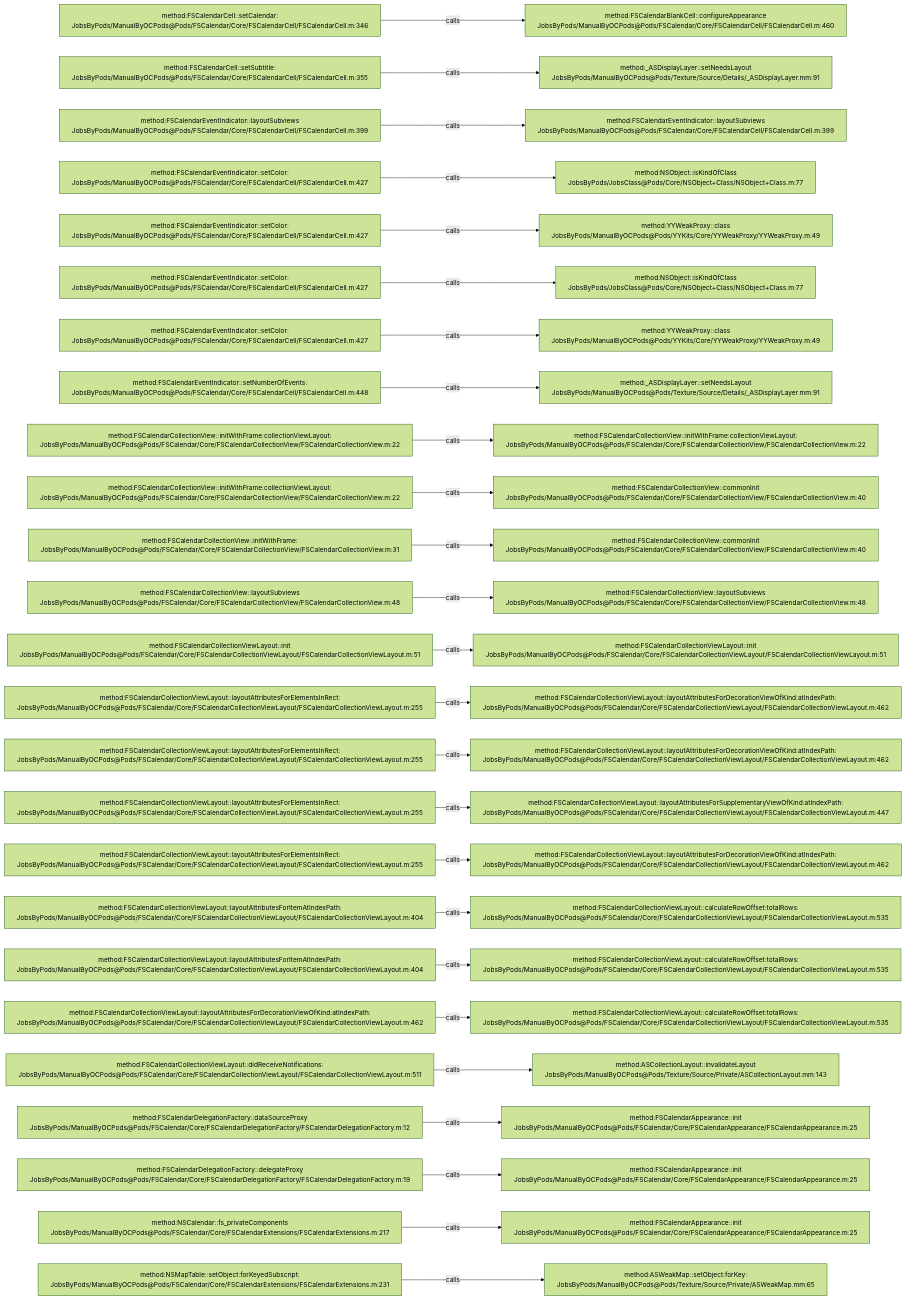
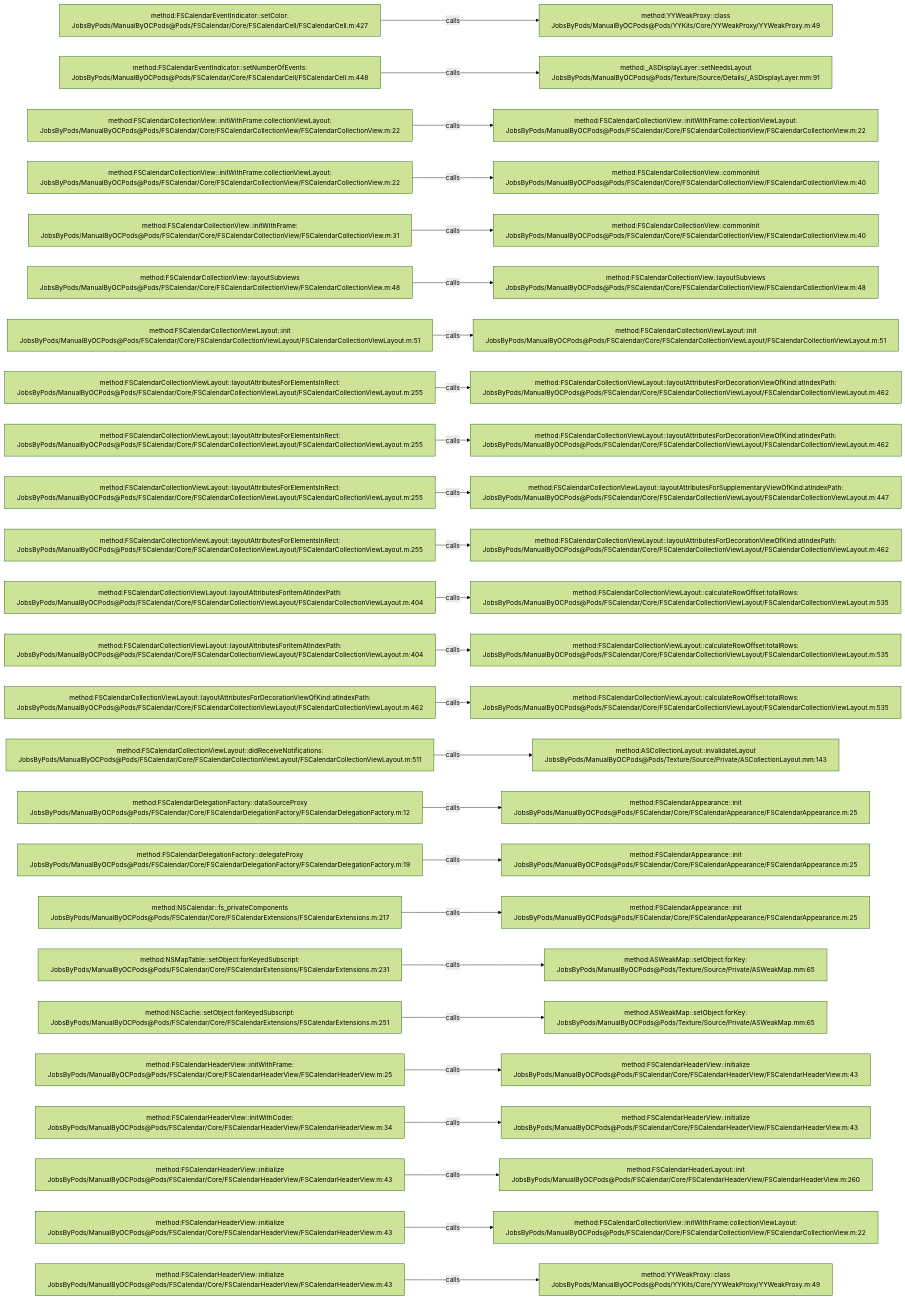
Before and after one commit to JobsKits/JobsOCBaseConfigDemo: the diagram in .codegraph/codegraph.md/graphs/calls-010.md, drawn with Mermaid (forest theme). The commit also changed 666 other files, not shown here.

````diff
--- a/.codegraph/codegraph.md/graphs/calls-010.md
+++ b/.codegraph/codegraph.md/graphs/calls-010.md
@@ -13,78 +13,78 @@
 ```mermaid
 flowchart LR
-  S1["method:FSCalendarCell::setCalendar:<br/>JobsByPods/ManualByOCPods@Pods/FSCalendar/Core/FSCalendarCell/FSCalendarCell.m:346"]
-  T1["method:FSCalendarBlankCell::configureAppearance<br/>JobsByPods/ManualByOCPods@Pods/FSCalendar/Core/FSCalendarCell/FSCalendarCell.m:460"]
+  S1["method:FSCalendarEventIndicator::setColor:<br/>JobsByPods/ManualByOCPods@Pods/FSCalendar/Core/FSCalendarCell/FSCalendarCell.m:427"]
+  T1["method:YYWeakProxy::class<br/>JobsByPods/ManualByOCPods@Pods/YYKits/Core/YYWeakProxy/YYWeakProxy.m:49"]
   S1 -->|calls| T1
-  S2["method:FSCalendarCell::setSubtitle:<br/>JobsByPods/ManualByOCPods@Pods/FSCalendar/Core/FSCalendarCell/FSCalendarCell.m:355"]
+  S2["method:FSCalendarEventIndicator::setNumberOfEvents:<br/>JobsByPods/ManualByOCPods@Pods/FSCalendar/Core/FSCalendarCell/FSCalendarCell.m:448"]
   T2["method:_ASDisplayLayer::setNeedsLayout<br/>JobsByPods/ManualByOCPods@Pods/Texture/Source/Details/_ASDisplayLayer.mm:91"]
   S2 -->|calls| T2
-  S3["method:FSCalendarEventIndicator::layoutSubviews<br/>JobsByPods/ManualByOCPods@Pods/FSCalendar/Core/FSCalendarCell/FSCalendarCell.m:399"]
-  T3["method:FSCalendarEventIndicator::layoutSubviews<br/>JobsByPods/ManualByOCPods@Pods/FSCalendar/Core/FSCalendarCell/FSCalendarCell.m:399"]
+  S3["method:FSCalendarCollectionView::initWithFrame:collectionViewLayout:<br/>JobsByPods/ManualByOCPods@Pods/FSCalendar/Core/FSCalendarCollectionView/FSCalendarCollectionView.m:22"]
+  T3["method:FSCalendarCollectionView::initWithFrame:collectionViewLayout:<br/>JobsByPods/ManualByOCPods@Pods/FSCalendar/Core/FSCalendarCollectionView/FSCalendarCollectionView.m:22"]
   S3 -->|calls| T3
-  S4["method:FSCalendarEventIndicator::setColor:<br/>JobsByPods/ManualByOCPods@Pods/FSCalendar/Core/FSCalendarCell/FSCalendarCell.m:427"]
-  T4["method:NSObject::isKindOfClass<br/>JobsByPods/JobsClass@Pods/Core/NSObject+Class/NSObject+Class.m:77"]
+  S4["method:FSCalendarCollectionView::initWithFrame:collectionViewLayout:<br/>JobsByPods/ManualByOCPods@Pods/FSCalendar/Core/FSCalendarCollectionView/FSCalendarCollectionView.m:22"]
+  T4["method:FSCalendarCollectionView::commonInit<br/>JobsByPods/ManualByOCPods@Pods/FSCalendar/Core/FSCalendarCollectionView/FSCalendarCollectionView.m:40"]
   S4 -->|calls| T4
-  S5["method:FSCalendarEventIndicator::setColor:<br/>JobsByPods/ManualByOCPods@Pods/FSCalendar/Core/FSCalendarCell/FSCalendarCell.m:427"]
-  T5["method:YYWeakProxy::class<br/>JobsByPods/ManualByOCPods@Pods/YYKits/Core/YYWeakProxy/YYWeakProxy.m:49"]
+  S5["method:FSCalendarCollectionView::initWithFrame:<br/>JobsByPods/ManualByOCPods@Pods/FSCalendar/Core/FSCalendarCollectionView/FSCalendarCollectionView.m:31"]
+  T5["method:FSCalendarCollectionView::commonInit<br/>JobsByPods/ManualByOCPods@Pods/FSCalendar/Core/FSCalendarCollectionView/FSCalendarCollectionView.m:40"]
   S5 -->|calls| T5
-  S6["method:FSCalendarEventIndicator::setColor:<br/>JobsByPods/ManualByOCPods@Pods/FSCalendar/Core/FSCalendarCell/FSCalendarCell.m:427"]
-  T6["method:NSObject::isKindOfClass<br/>JobsByPods/JobsClass@Pods/Core/NSObject+Class/NSObject+Class.m:77"]
+  S6["method:FSCalendarCollectionView::layoutSubviews<br/>JobsByPods/ManualByOCPods@Pods/FSCalendar/Core/FSCalendarCollectionView/FSCalendarCollectionView.m:48"]
+  T6["method:FSCalendarCollectionView::layoutSubviews<br/>JobsByPods/ManualByOCPods@Pods/FSCalendar/Core/FSCalendarCollectionView/FSCalendarCollectionView.m:48"]
   S6 -->|calls| T6
-  S7["method:FSCalendarEventIndicator::setColor:<br/>JobsByPods/ManualByOCPods@Pods/FSCalendar/Core/FSCalendarCell/FSCalendarCell.m:427"]
-  T7["method:YYWeakProxy::class<br/>JobsByPods/ManualByOCPods@Pods/YYKits/Core/YYWeakProxy/YYWeakProxy.m:49"]
+  S7["method:FSCalendarCollectionViewLayout::init<br/>JobsByPods/ManualByOCPods@Pods/FSCalendar/Core/FSCalendarCollectionViewLayout/FSCalendarCollectionViewLayout.m:51"]
+  T7["method:FSCalendarCollectionViewLayout::init<br/>JobsByPods/ManualByOCPods@Pods/FSCalendar/Core/FSCalendarCollectionViewLayout/FSCalendarCollectionViewLayout.m:51"]
   S7 -->|calls| T7
-  S8["method:FSCalendarEventIndicator::setNumberOfEvents:<br/>JobsByPods/ManualByOCPods@Pods/FSCalendar/Core/FSCalendarCell/FSCalendarCell.m:448"]
-  T8["method:_ASDisplayLayer::setNeedsLayout<br/>JobsByPods/ManualByOCPods@Pods/Texture/Source/Details/_ASDisplayLayer.mm:91"]
+  S8["method:FSCalendarCollectionViewLayout::layoutAttributesForElementsInRect:<br/>JobsByPods/ManualByOCPods@Pods/FSCalendar/Core/FSCalendarCollectionViewLayout/FSCalendarCollectionViewLayout.m:255"]
+  T8["method:FSCalendarCollectionViewLayout::layoutAttributesForDecorationViewOfKind:atIndexPath:<br/>JobsByPods/ManualByOCPods@Pods/FSCalendar/Core/FSCalendarCollectionViewLayout/FSCalendarCollectionViewLayout.m:462"]
   S8 -->|calls| T8
-  S9["method:FSCalendarCollectionView::initWithFrame:collectionViewLayout:<br/>JobsByPods/ManualByOCPods@Pods/FSCalendar/Core/FSCalendarCollectionView/FSCalendarCollectionView.m:22"]
-  T9["method:FSCalendarCollectionView::initWithFrame:collectionViewLayout:<br/>JobsByPods/ManualByOCPods@Pods/FSCalendar/Core/FSCalendarCollectionView/FSCalendarCollectionView.m:22"]
+  S9["method:FSCalendarCollectionViewLayout::layoutAttributesForElementsInRect:<br/>JobsByPods/ManualByOCPods@Pods/FSCalendar/Core/FSCalendarCollectionViewLayout/FSCalendarCollectionViewLayout.m:255"]
+  T9["method:FSCalendarCollectionViewLayout::layoutAttributesForDecorationViewOfKind:atIndexPath:<br/>JobsByPods/ManualByOCPods@Pods/FSCalendar/Core/FSCalendarCollectionViewLayout/FSCalendarCollectionViewLayout.m:462"]
   S9 -->|calls| T9
-  S10["method:FSCalendarCollectionView::initWithFrame:collectionViewLayout:<br/>JobsByPods/ManualByOCPods@Pods/FSCalendar/Core/FSCalendarCollectionView/FSCalendarCollectionView.m:22"]
-  T10["method:FSCalendarCollectionView::commonInit<br/>JobsByPods/ManualByOCPods@Pods/FSCalendar/Core/FSCalendarCollectionView/FSCalendarCollectionView.m:40"]
+  S10["method:FSCalendarCollectionViewLayout::layoutAttributesForElementsInRect:<br/>JobsByPods/ManualByOCPods@Pods/FSCalendar/Core/FSCalendarCollectionViewLayout/FSCalendarCollectionViewLayout.m:255"]
+  T10["method:FSCalendarCollectionViewLayout::layoutAttributesForSupplementaryViewOfKind:atIndexPath:<br/>JobsByPods/ManualByOCPods@Pods/FSCalendar/Core/FSCalendarCollectionViewLayout/FSCalendarCollectionViewLayout.m:447"]
   S10 -->|calls| T10
-  S11["method:FSCalendarCollectionView::initWithFrame:<br/>JobsByPods/ManualByOCPods@Pods/FSCalendar/Core/FSCalendarCollectionView/FSCalendarCollectionView.m:31"]
-  T11["method:FSCalendarCollectionView::commonInit<br/>JobsByPods/ManualByOCPods@Pods/FSCalendar/Core/FSCalendarCollectionView/FSCalendarCollectionView.m:40"]
+  S11["method:FSCalendarCollectionViewLayout::layoutAttributesForElementsInRect:<br/>JobsByPods/ManualByOCPods@Pods/FSCalendar/Core/FSCalendarCollectionViewLayout/FSCalendarCollectionViewLayout.m:255"]
+  T11["method:FSCalendarCollectionViewLayout::layoutAttributesForDecorationViewOfKind:atIndexPath:<br/>JobsByPods/ManualByOCPods@Pods/FSCalendar/Core/FSCalendarCollectionViewLayout/FSCalendarCollectionViewLayout.m:462"]
   S11 -->|calls| T11
-  S12["method:FSCalendarCollectionView::layoutSubviews<br/>JobsByPods/ManualByOCPods@Pods/FSCalendar/Core/FSCalendarCollectionView/FSCalendarCollectionView.m:48"]
-  T12["method:FSCalendarCollectionView::layoutSubviews<br/>JobsByPods/ManualByOCPods@Pods/FSCalendar/Core/FSCalendarCollectionView/FSCalendarCollectionView.m:48"]
+  S12["method:FSCalendarCollectionViewLayout::layoutAttributesForItemAtIndexPath:<br/>JobsByPods/ManualByOCPods@Pods/FSCalendar/Core/FSCalendarCollectionViewLayout/FSCalendarCollectionViewLayout.m:404"]
+  T12["method:FSCalendarCollectionViewLayout::calculateRowOffset:totalRows:<br/>JobsByPods/ManualByOCPods@Pods/FSCalendar/Core/FSCalendarCollectionViewLayout/FSCalendarCollectionViewLayout.m:535"]
   S12 -->|calls| T12
-  S13["method:FSCalendarCollectionViewLayout::init<br/>JobsByPods/ManualByOCPods@Pods/FSCalendar/Core/FSCalendarCollectionViewLayout/FSCalendarCollectionViewLayout.m:51"]
-  T13["method:FSCalendarCollectionViewLayout::init<br/>JobsByPods/ManualByOCPods@Pods/FSCalendar/Core/FSCalendarCollectionViewLayout/FSCalendarCollectionViewLayout.m:51"]
+  S13["method:FSCalendarCollectionViewLayout::layoutAttributesForItemAtIndexPath:<br/>JobsByPods/ManualByOCPods@Pods/FSCalendar/Core/FSCalendarCollectionViewLayout/FSCalendarCollectionViewLayout.m:404"]
+  T13["method:FSCalendarCollectionViewLayout::calculateRowOffset:totalRows:<br/>JobsByPods/ManualByOCPods@Pods/FSCalendar/Core/FSCalendarCollectionViewLayout/FSCalendarCollectionViewLayout.m:535"]
   S13 -->|calls| T13
-  S14["method:FSCalendarCollectionViewLayout::layoutAttributesForElementsInRect:<br/>JobsByPods/ManualByOCPods@Pods/FSCalendar/Core/FSCalendarCollectionViewLayout/FSCalendarCollectionViewLayout.m:255"]
-  T14["method:FSCalendarCollectionViewLayout::layoutAttributesForDecorationViewOfKind:atIndexPath:<br/>JobsByPods/ManualByOCPods@Pods/FSCalendar/Core/FSCalendarCollectionViewLayout/FSCalendarCollectionViewLayout.m:462"]
+  S14["method:FSCalendarCollectionViewLayout::layoutAttributesForDecorationViewOfKind:atIndexPath:<br/>JobsByPods/ManualByOCPods@Pods/FSCalendar/Core/FSCalendarCollectionViewLayout/FSCalendarCollectionViewLayout.m:462"]
+  T14["method:FSCalendarCollectionViewLayout::calculateRowOffset:totalRows:<br/>JobsByPods/ManualByOCPods@Pods/FSCalendar/Core/FSCalendarCollectionViewLayout/FSCalendarCollectionViewLayout.m:535"]
   S14 -->|calls| T14
-  S15["method:FSCalendarCollectionViewLayout::layoutAttributesForElementsInRect:<br/>JobsByPods/ManualByOCPods@Pods/FSCalendar/Core/FSCalendarCollectionViewLayout/FSCalendarCollectionViewLayout.m:255"]
-  T15["method:FSCalendarCollectionViewLayout::layoutAttributesForDecorationViewOfKind:atIndexPath:<br/>JobsByPods/ManualByOCPods@Pods/FSCalendar/Core/FSCalendarCollectionViewLayout/FSCalendarCollectionViewLayout.m:462"]
+  S15["method:FSCalendarCollectionViewLayout::didReceiveNotifications:<br/>JobsByPods/ManualByOCPods@Pods/FSCalendar/Core/FSCalendarCollectionViewLayout/FSCalendarCollectionViewLayout.m:511"]
+  T15["method:ASCollectionLayout::invalidateLayout<br/>JobsByPods/ManualByOCPods@Pods/Texture/Source/Private/ASCollectionLayout.mm:143"]
   S15 -->|calls| T15
-  S16["method:FSCalendarCollectionViewLayout::layoutAttributesForElementsInRect:<br/>JobsByPods/ManualByOCPods@Pods/FSCalendar/Core/FSCalendarCollectionViewLayout/FSCalendarCollectionViewLayout.m:255"]
-  T16["method:FSCalendarCollectionViewLayout::layoutAttributesForSupplementaryViewOfKind:atIndexPath:<br/>JobsByPods/ManualByOCPods@Pods/FSCalendar/Core/FSCalendarCollectionViewLayout/FSCalendarCollectionViewLayout.m:447"]
+  S16["method:FSCalendarDelegationFactory::dataSourceProxy<br/>JobsByPods/ManualByOCPods@Pods/FSCalendar/Core/FSCalendarDelegationFactory/FSCalendarDelegationFactory.m:12"]
+  T16["method:FSCalendarAppearance::init<br/>JobsByPods/ManualByOCPods@Pods/FSCalendar/Core/FSCalendarAppearance/FSCalendarAppearance.m:25"]
   S16 -->|calls| T16
-  S17["method:FSCalendarCollectionViewLayout::layoutAttributesForElementsInRect:<br/>JobsByPods/ManualByOCPods@Pods/FSCalendar/Core/FSCalendarCollectionViewLayout/FSCalendarCollectionViewLayout.m:255"]
-  T17["method:FSCalendarCollectionViewLayout::layoutAttributesForDecorationViewOfKind:atIndexPath:<br/>JobsByPods/ManualByOCPods@Pods/FSCalendar/Core/FSCalendarCollectionViewLayout/FSCalendarCollectionViewLayout.m:462"]
+  S17["method:FSCalendarDelegationFactory::delegateProxy<br/>JobsByPods/ManualByOCPods@Pods/FSCalendar/Core/FSCalendarDelegationFactory/FSCalendarDelegationFactory.m:19"]
+  T17["method:FSCalendarAppearance::init<br/>JobsByPods/ManualByOCPods@Pods/FSCalendar/Core/FSCalendarAppearance/FSCalendarAppearance.m:25"]
   S17 -->|calls| T17
-  S18["method:FSCalendarCollectionViewLayout::layoutAttributesForItemAtIndexPath:<br/>JobsByPods/ManualByOCPods@Pods/FSCalendar/Core/FSCalendarCollectionViewLayout/FSCalendarCollectionViewLayout.m:404"]
-  T18["method:FSCalendarCollectionViewLayout::calculateRowOffset:totalRows:<br/>JobsByPods/ManualByOCPods@Pods/FSCalendar/Core/FSCalendarCollectionViewLayout/FSCalendarCollectionViewLayout.m:535"]
+  S18["method:NSCalendar::fs_privateComponents<br/>JobsByPods/ManualByOCPods@Pods/FSCalendar/Core/FSCalendarExtensions/FSCalendarExtensions.m:217"]
+  T18["method:FSCalendarAppearance::init<br/>JobsByPods/ManualByOCPods@Pods/FSCalendar/Core/FSCalendarAppearance/FSCalendarAppearance.m:25"]
   S18 -->|calls| T18
-  S19["method:FSCalendarCollectionViewLayout::layoutAttributesForItemAtIndexPath:<br/>JobsByPods/ManualByOCPods@Pods/FSCalendar/Core/FSCalendarCollectionViewLayout/FSCalendarCollectionViewLayout.m:404"]
-  T19["method:FSCalendarCollectionViewLayout::calculateRowOffset:totalRows:<br/>JobsByPods/ManualByOCPods@Pods/FSCalendar/Core/FSCalendarCollectionViewLayout/FSCalendarCollectionViewLayout.m:535"]
+  S19["method:NSMapTable::setObject:forKeyedSubscript:<br/>JobsByPods/ManualByOCPods@Pods/FSCalendar/Core/FSCalendarExtensions/FSCalendarExtensions.m:231"]
+  T19["method:ASWeakMap::setObject:forKey:<br/>JobsByPods/ManualByOCPods@Pods/Texture/Source/Private/ASWeakMap.mm:65"]
   S19 -->|calls| T19
-  S20["method:FSCalendarCollectionViewLayout::layoutAttributesForDecorationViewOfKind:atIndexPath:<br/>JobsByPods/ManualByOCPods@Pods/FSCalendar/Core/FSCalendarCollectionViewLayout/FSCalendarCollectionViewLayout.m:462"]
-  T20["method:FSCalendarCollectionViewLayout::calculateRowOffset:totalRows:<br/>JobsByPods/ManualByOCPods@Pods/FSCalendar/Core/FSCalendarCollectionViewLayout/FSCalendarCollectionViewLayout.m:535"]
+  S20["method:NSCache::setObject:forKeyedSubscript:<br/>JobsByPods/ManualByOCPods@Pods/FSCalendar/Core/FSCalendarExtensions/FSCalendarExtensions.m:251"]
+  T20["method:ASWeakMap::setObject:forKey:<br/>JobsByPods/ManualByOCPods@Pods/Texture/Source/Private/ASWeakMap.mm:65"]
   S20 -->|calls| T20
-  S21["method:FSCalendarCollectionViewLayout::didReceiveNotifications:<br/>JobsByPods/ManualByOCPods@Pods/FSCalendar/Core/FSCalendarCollectionViewLayout/FSCalendarCollectionViewLayout.m:511"]
-  T21["method:ASCollectionLayout::invalidateLayout<br/>JobsByPods/ManualByOCPods@Pods/Texture/Source/Private/ASCollectionLayout.mm:143"]
+  S21["method:FSCalendarHeaderView::initWithFrame:<br/>JobsByPods/ManualByOCPods@Pods/FSCalendar/Core/FSCalendarHeaderView/FSCalendarHeaderView.m:25"]
+  T21["method:FSCalendarHeaderView::initialize<br/>JobsByPods/ManualByOCPods@Pods/FSCalendar/Core/FSCalendarHeaderView/FSCalendarHeaderView.m:43"]
   S21 -->|calls| T21
-  S22["method:FSCalendarDelegationFactory::dataSourceProxy<br/>JobsByPods/ManualByOCPods@Pods/FSCalendar/Core/FSCalendarDelegationFactory/FSCalendarDelegationFactory.m:12"]
-  T22["method:FSCalendarAppearance::init<br/>JobsByPods/ManualByOCPods@Pods/FSCalendar/Core/FSCalendarAppearance/FSCalendarAppearance.m:25"]
+  S22["method:FSCalendarHeaderView::initWithCoder:<br/>JobsByPods/ManualByOCPods@Pods/FSCalendar/Core/FSCalendarHeaderView/FSCalendarHeaderView.m:34"]
+  T22["method:FSCalendarHeaderView::initialize<br/>JobsByPods/ManualByOCPods@Pods/FSCalendar/Core/FSCalendarHeaderView/FSCalendarHeaderView.m:43"]
   S22 -->|calls| T22
-  S23["method:FSCalendarDelegationFactory::delegateProxy<br/>JobsByPods/ManualByOCPods@Pods/FSCalendar/Core/FSCalendarDelegationFactory/FSCalendarDelegationFactory.m:19"]
-  T23["method:FSCalendarAppearance::init<br/>JobsByPods/ManualByOCPods@Pods/FSCalendar/Core/FSCalendarAppearance/FSCalendarAppearance.m:25"]
+  S23["method:FSCalendarHeaderView::initialize<br/>JobsByPods/ManualByOCPods@Pods/FSCalendar/Core/FSCalendarHeaderView/FSCalendarHeaderView.m:43"]
+  T23["method:FSCalendarHeaderLayout::init<br/>JobsByPods/ManualByOCPods@Pods/FSCalendar/Core/FSCalendarHeaderView/FSCalendarHeaderView.m:260"]
   S23 -->|calls| T23
-  S24["method:NSCalendar::fs_privateComponents<br/>JobsByPods/ManualByOCPods@Pods/FSCalendar/Core/FSCalendarExtensions/FSCalendarExtensions.m:217"]
-  T24["method:FSCalendarAppearance::init<br/>JobsByPods/ManualByOCPods@Pods/FSCalendar/Core/FSCalendarAppearance/FSCalendarAppearance.m:25"]
+  S24["method:FSCalendarHeaderView::initialize<br/>JobsByPods/ManualByOCPods@Pods/FSCalendar/Core/FSCalendarHeaderView/FSCalendarHeaderView.m:43"]
+  T24["method:FSCalendarCollectionView::initWithFrame:collectionViewLayout:<br/>JobsByPods/ManualByOCPods@Pods/FSCalendar/Core/FSCalendarCollectionView/FSCalendarCollectionView.m:22"]
   S24 -->|calls| T24
-  S25["method:NSMapTable::setObject:forKeyedSubscript:<br/>JobsByPods/ManualByOCPods@Pods/FSCalendar/Core/FSCalendarExtensions/FSCalendarExtensions.m:231"]
-  T25["method:ASWeakMap::setObject:forKey:<br/>JobsByPods/ManualByOCPods@Pods/Texture/Source/Private/ASWeakMap.mm:65"]
+  S25["method:FSCalendarHeaderView::initialize<br/>JobsByPods/ManualByOCPods@Pods/FSCalendar/Core/FSCalendarHeaderView/FSCalendarHeaderView.m:43"]
+  T25["method:YYWeakProxy::class<br/>JobsByPods/ManualByOCPods@Pods/YYKits/Core/YYWeakProxy/YYWeakProxy.m:49"]
   S25 -->|calls| T25
 ```
````
